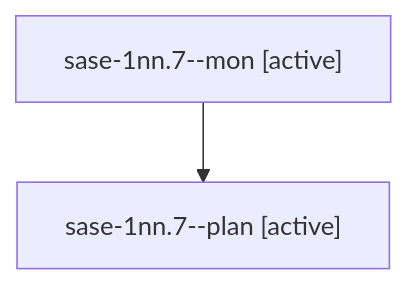
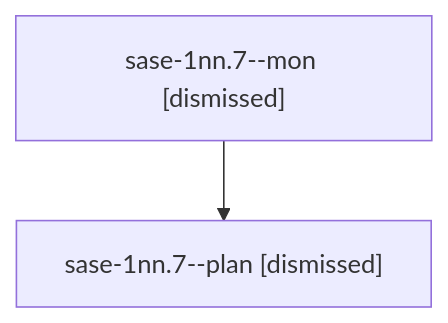
Before and after one commit to sase-org/sase--agents: the diagram in sessions/bbugyi200.athena.sase-1nn.7.md, drawn with Mermaid. The commit also changed other lines of this file and 188 other files, not shown here.

````diff
--- a/sessions/bbugyi200.athena.sase-1nn.7.md
+++ b/sessions/bbugyi200.athena.sase-1nn.7.md
@@ -9,6 +9,6 @@
 ```mermaid
 flowchart TD
-  n0["sase-1nn.7--mon [active]"]
-  n1["sase-1nn.7--plan [active]"]
+  n0["sase-1nn.7--mon [dismissed]"]
+  n1["sase-1nn.7--plan [dismissed]"]
   n0 --> n1
 ```
````
